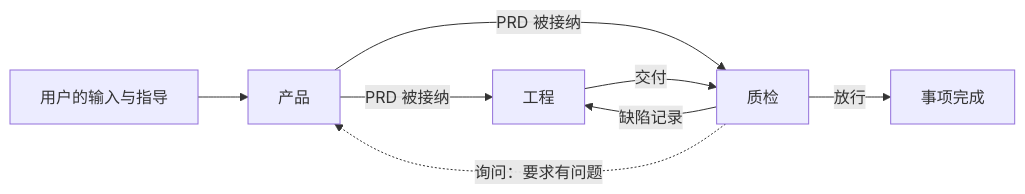
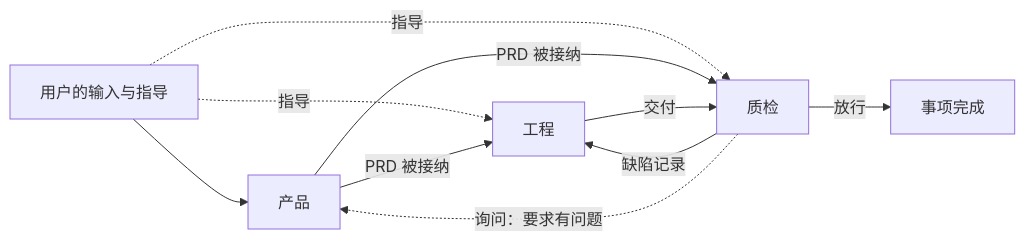
The first of 3 diagrams in docs/design/department-loop.md (bender2333/yudao), drawn with Mermaid before and after one commit. The commit also changed 4 other files, not shown here.

````diff
--- a/docs/design/department-loop.md
+++ b/docs/design/department-loop.md
@@ -23,10 +23,12 @@
 ```mermaid
 flowchart LR
     U[用户的输入与指导] --> P[产品]
+    U -. 指导 .-> E
+    U -. 指导 .-> Q
     P -- PRD 被接纳 --> E[工程]
     P -- PRD 被接纳 --> Q[质检]
     E -- 交付 --> Q
     Q -- 缺陷记录 --> E
     Q -. 询问：要求有问题 .-> P
     Q -- 放行 --> D[事项完成]
 ```
````
